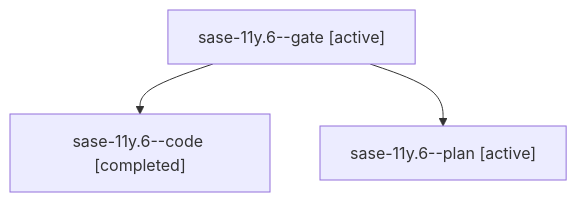
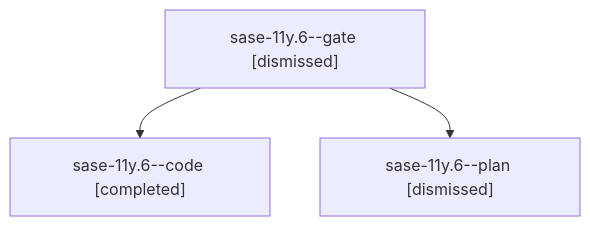
Before and after one commit to sase-org/sase--agents: the diagram in sessions/bbugyi200.athena.sase-11y.6.md, drawn with Mermaid. The commit also changed other lines of this file and 252 other files, not shown here.

````diff
--- a/sessions/bbugyi200.athena.sase-11y.6.md
+++ b/sessions/bbugyi200.athena.sase-11y.6.md
@@ -9,8 +9,8 @@
 ```mermaid
 flowchart TD
-  n0["sase-11y.6--gate [active]"]
+  n0["sase-11y.6--gate [dismissed]"]
   n1["sase-11y.6--code [completed]"]
   n0 --> n1
-  n2["sase-11y.6--plan [active]"]
+  n2["sase-11y.6--plan [dismissed]"]
   n0 --> n2
 ```
````
